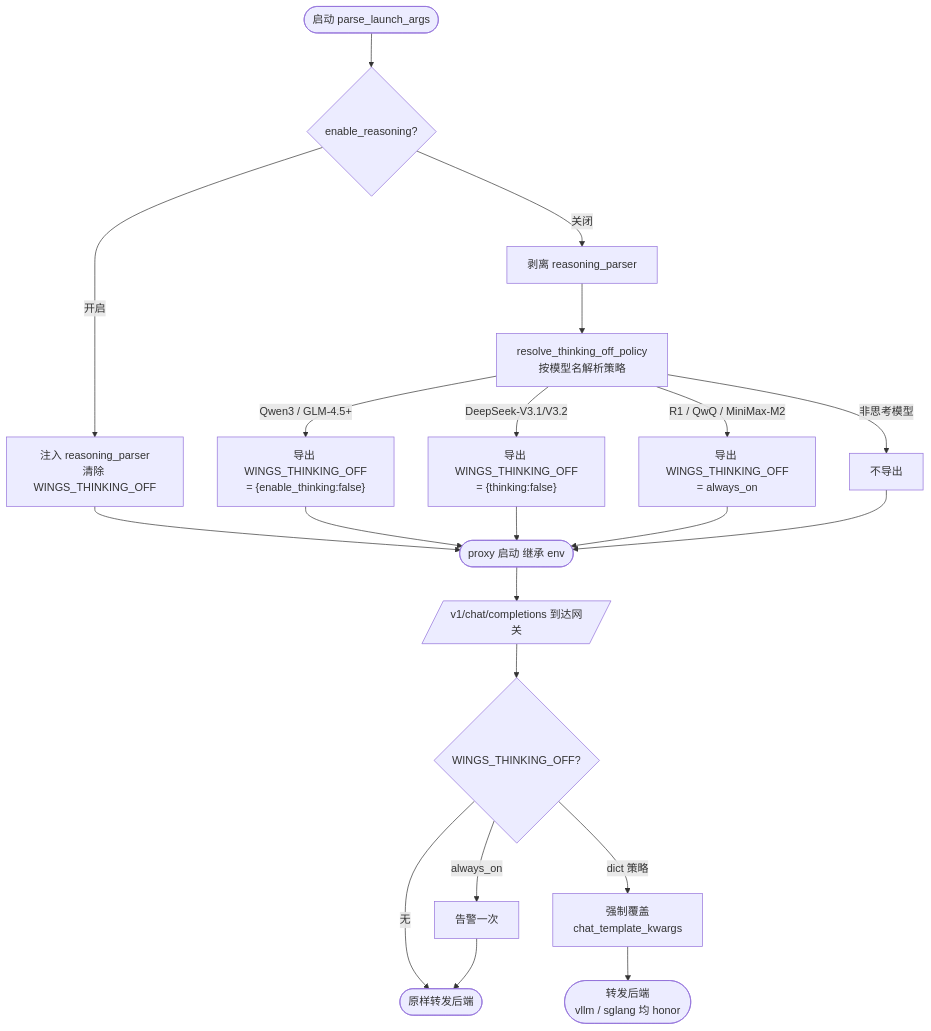
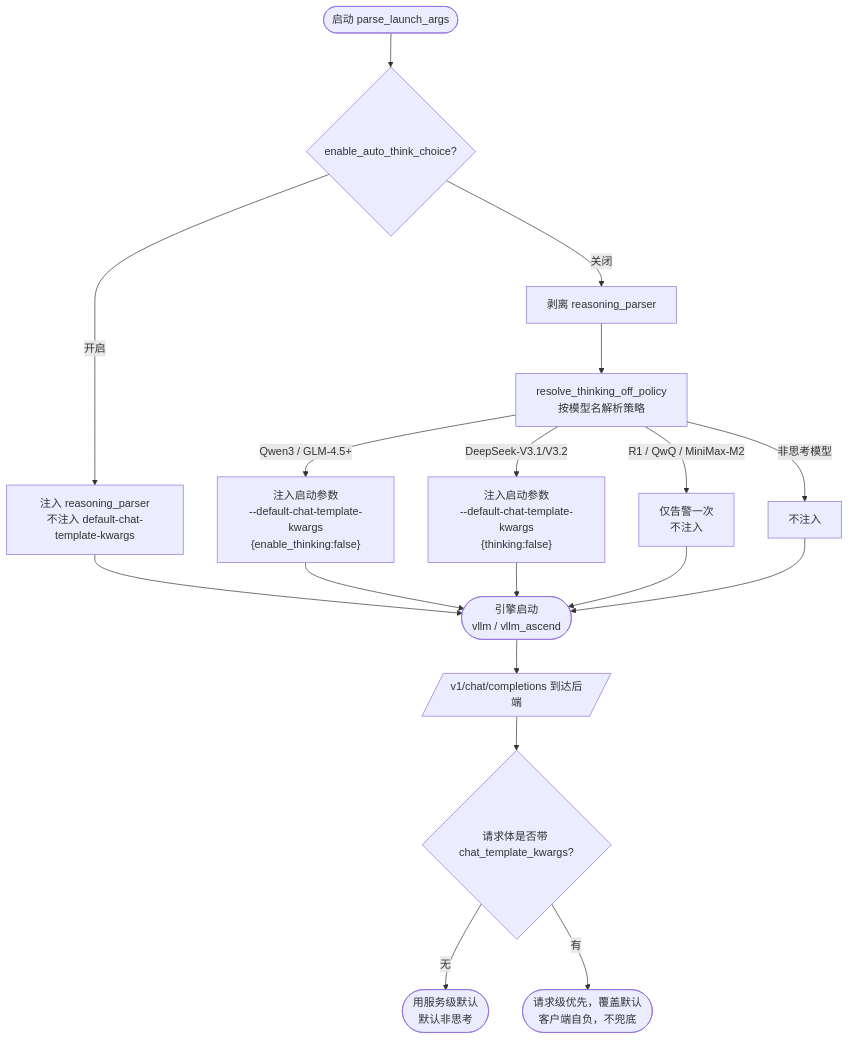
One commit to thegodloy-jpg/wings-control changed the diagram in xuqiu/reasoning_thinking_switch.md. Above: the diagram before and after it, drawn with Mermaid. The commit also changed other lines of this file and 1 other file, not shown here.

First line of the commit message:
docs: rename reasoning switch to ENABLE_AUTO_THINK_CHOICE; clarify sglang generation-side scope

````diff
--- a/xuqiu/reasoning_thinking_switch.md
+++ b/xuqiu/reasoning_thinking_switch.md
@@ -22,23 +28,22 @@
 ```mermaid
 flowchart TD
-    A([启动 parse_launch_args]) --> B{enable_reasoning?}
-    B -->|开启| C[注入 reasoning_parser<br/>清除 WINGS_THINKING_OFF]
+    A([启动 parse_launch_args]) --> B{enable_auto_think_choice?}
+    B -->|开启| C[注入 reasoning_parser<br/>不注入 default-chat-template-kwargs]
     B -->|关闭| D[剥离 reasoning_parser]
     D --> E[resolve_thinking_off_policy<br/>按模型名解析策略]
-    E -->|Qwen3 / GLM-4.5+| F["导出 WINGS_THINKING_OFF<br/>= {enable_thinking:false}"]
-    E -->|DeepSeek-V3.1/V3.2| G["导出 WINGS_THINKING_OFF<br/>= {thinking:false}"]
-    E -->|R1 / QwQ / MiniMax-M2| H["导出 WINGS_THINKING_OFF<br/>= always_on"]
-    E -->|非思考模型| I[不导出]
+    E -->|Qwen3 / GLM-4.5+| F["注入启动参数<br/>--default-chat-template-kwargs<br/>{enable_thinking:false}"]
+    E -->|DeepSeek-V3.1/V3.2| G["注入启动参数<br/>--default-chat-template-kwargs<br/>{thinking:false}"]
+    E -->|R1 / QwQ / MiniMax-M2| H[仅告警一次<br/>不注入]
+    E -->|非思考模型| I[不注入]
 
-    C --> P([proxy 启动 继承 env])
+    C --> P([引擎启动<br/>vllm / vllm_ascend])
     F --> P
     G --> P
     H --> P
     I --> P
 
-    P --> Q[/v1/chat/completions 到达网关/]
-    Q --> R{WINGS_THINKING_OFF?}
-    R -->|无| Z([原样转发后端])
-    R -->|always_on| Y[告警一次] --> Z
-    R -->|dict 策略| X[强制覆盖<br/>chat_template_kwargs] --> W([转发后端<br/>vllm / sglang 均 honor])
+    P --> Q[/v1/chat/completions 到达后端/]
+    Q --> R{请求体是否带 chat_template_kwargs?}
+    R -->|无| Y([用服务级默认<br/>默认非思考])
+    R -->|有| Z([请求级优先，覆盖默认<br/>客户端自负，不兜底])
 ```
````
